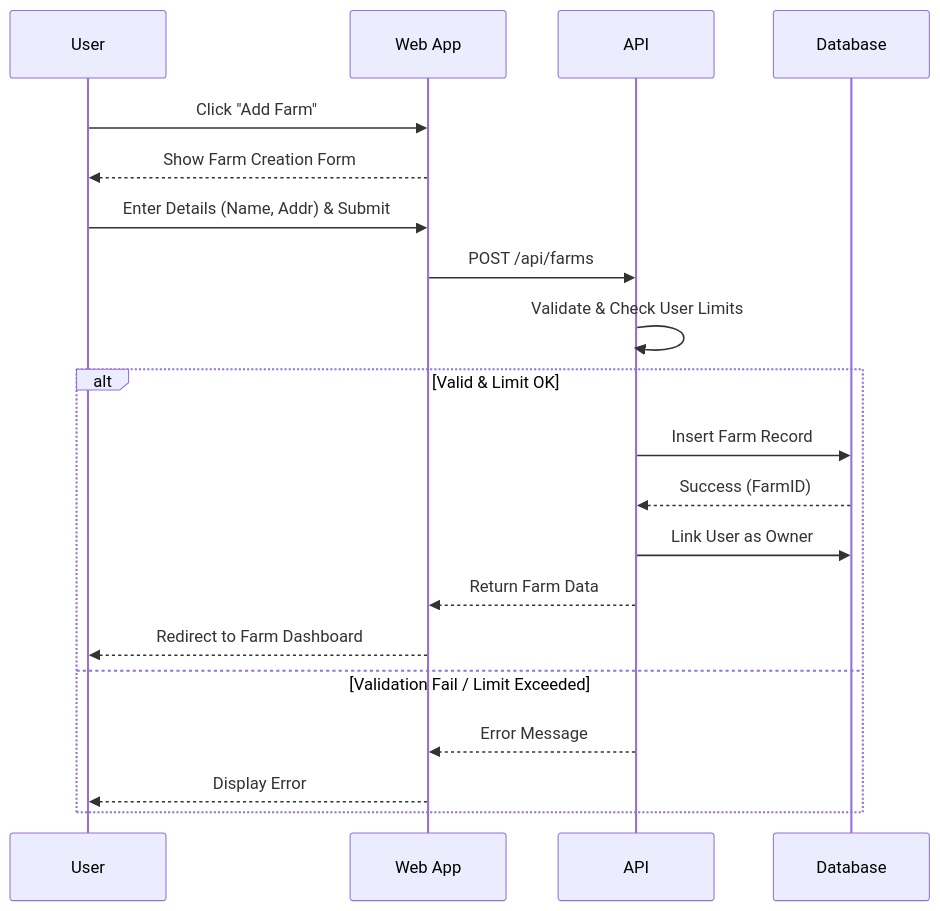
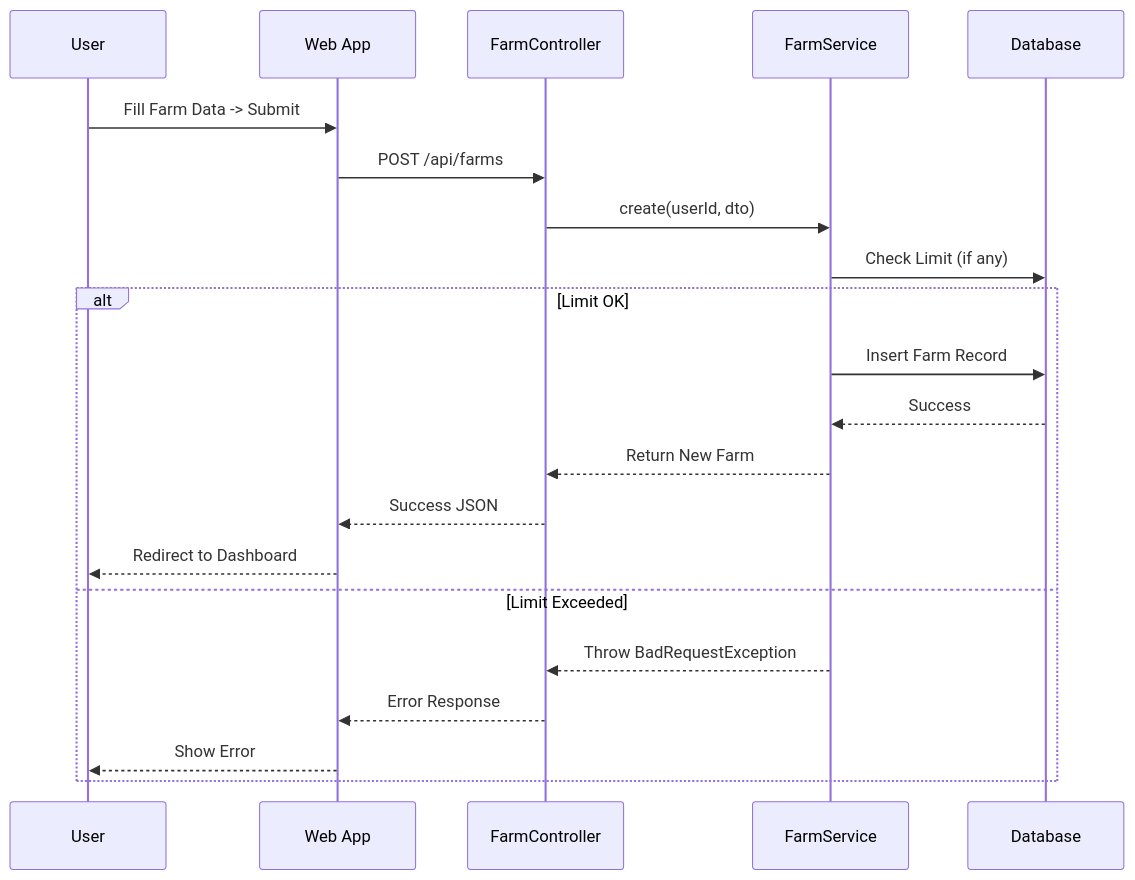
The first of 3 diagrams in DOC-TTCS/farm_management_docs.md (duong4444/agribot-dev), drawn with Mermaid before and after one commit. The commit also changed other lines of this file and 7 other files, not shown here.

````diff
--- a/DOC-TTCS/farm_management_docs.md
+++ b/DOC-TTCS/farm_management_docs.md
@@ -45,23 +45,25 @@
 ```mermaid
 sequenceDiagram
     participant U as User
     participant FE as Web App
-    participant BE as API
+    participant CTL as FarmController
+    participant SVC as FarmService
     participant DB as Database
 
-    U->>FE: Click "Add Farm"
-    FE-->>U: Show Farm Creation Form
-    U->>FE: Enter Details (Name, Addr) & Submit
-    FE->>BE: POST /api/farms
-    BE->>BE: Validate & Check User Limits
-    alt Valid & Limit OK
-        BE->>DB: Insert Farm Record
-        DB-->>BE: Success (FarmID)
-        BE->>DB: Link User as Owner
-        BE-->>FE: Return Farm Data
-        FE-->>U: Redirect to Farm Dashboard
-    else Validation Fail / Limit Exceeded
-        BE-->>FE: Error Message
-        FE-->>U: Display Error
+    U->>FE: Fill Farm Data -> Submit
+    FE->>CTL: POST /api/farms
+    CTL->>SVC: create(userId, dto)
+    
+    SVC->>DB: Check Limit (if any)
+    alt Limit OK
+        SVC->>DB: Insert Farm Record
+        DB-->>SVC: Success
+        SVC-->>CTL: Return New Farm
+        CTL-->>FE: Success JSON
+        FE-->>U: Redirect to Dashboard
+    else Limit Exceeded
+        SVC-->>CTL: Throw BadRequestException
+        CTL-->>FE: Error Response
+        FE-->>U: Show Error
     end
 ```
````
